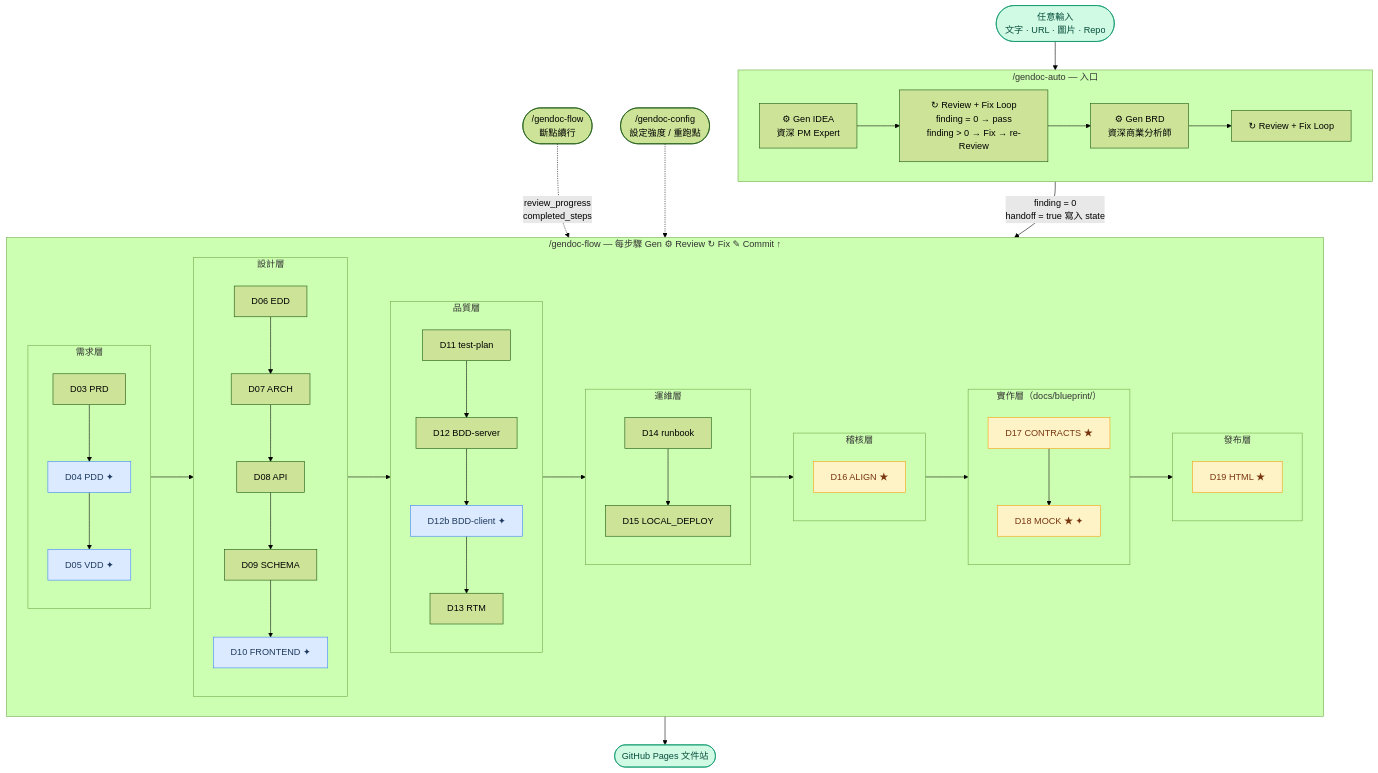
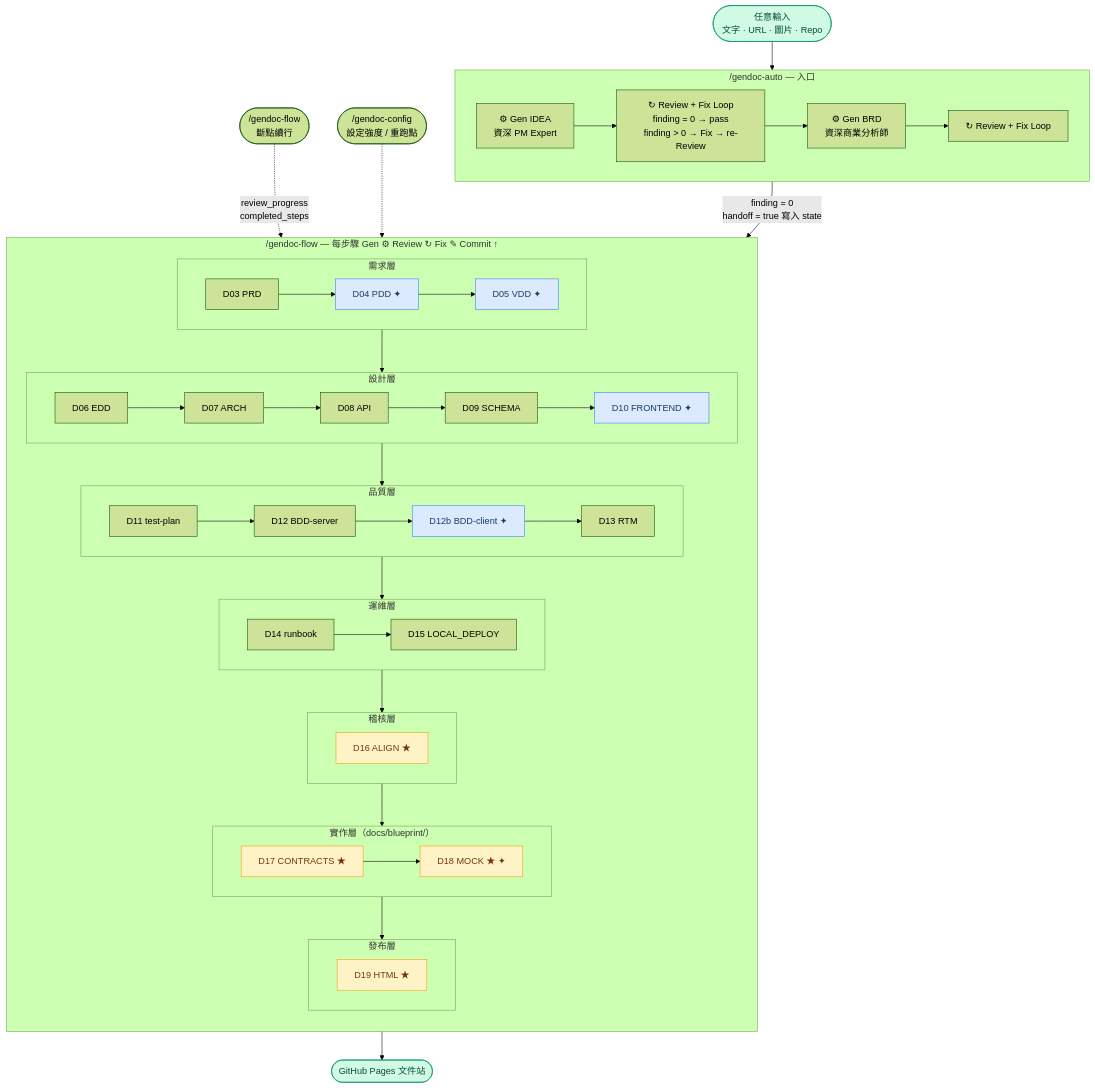
Before and after one commit to ibalasite/gendoc: the second of 4 diagrams in docs/PRD.md, drawn with Mermaid (forest theme). The commit also changed 1 other file, not shown here.

Commit message:
docs(gendoc): fix SOP flowchart direction — FLOW subgraph TD, inner layers LR

````diff
--- a/docs/PRD.md
+++ b/docs/PRD.md
@@ -427,50 +427,56 @@
 ```mermaid
 flowchart TD
     INPUT([任意輸入\n文字 · URL · 圖片 · Repo]) --> AUTO
 
     subgraph AUTO["/gendoc-auto — 入口"]
         direction LR
         G1["⚙ Gen IDEA\n資深 PM Expert"] --> R1["↻ Review + Fix Loop\nfinding = 0 → pass\nfinding > 0 → Fix → re-Review"]
         R1 --> G2["⚙ Gen BRD\n資深商業分析師"]
         G2 --> R2["↻ Review + Fix Loop"]
     end
 
     R2 -->|"finding = 0\nhandoff = true 寫入 state"| FLOW
 
     subgraph FLOW["/gendoc-flow — 每步驟 Gen ⚙ Review ↻ Fix ✎ Commit ↑"]
+        direction TD
         subgraph REQ["需求層"]
+            direction LR
             D03["D03 PRD"] --> D04["D04 PDD ✦"] --> D05["D05 VDD ✦"]
         end
         subgraph DES["設計層"]
+            direction LR
             D06["D06 EDD"] --> D07["D07 ARCH"] --> D08["D08 API"] --> D09["D09 SCHEMA"] --> D10["D10 FRONTEND ✦"]
         end
         subgraph QA["品質層"]
+            direction LR
             D11["D11 test-plan"] --> D12["D12 BDD-server"] --> D12b["D12b BDD-client ✦"] --> D13["D13 RTM"]
         end
         subgraph OPS["運維層"]
+            direction LR
             D14["D14 runbook"] --> D15["D15 LOCAL_DEPLOY"]
         end
         subgraph AUDIT["稽核層"]
             D16["D16 ALIGN ★"]
         end
         subgraph IMPL["實作層（docs/blueprint/）"]
+            direction LR
             D17["D17 CONTRACTS ★"] --> D18["D18 MOCK ★ ✦"]
         end
         subgraph PUB["發布層"]
             D19["D19 HTML ★"]
         end
         REQ --> DES --> QA --> OPS --> AUDIT --> IMPL --> PUB
     end
 
     FLOW --> DONE([GitHub Pages 文件站])
 
     RESUME(["/gendoc-flow\n斷點續行"]) -.->|"review_progress\ncompleted_steps"| FLOW
     CONFIG(["/gendoc-config\n設定強度 / 重跑點"]) -.-> FLOW
 
     classDef condNode fill:#dbeafe,stroke:#3b82f6,color:#1e3a5f
     classDef specNode fill:#fef3c7,stroke:#f59e0b,color:#78350f
     classDef ioNode fill:#d1fae5,stroke:#059669,color:#064e3b
     class D04,D05,D10,D12b,D18 condNode
     class D16,D17,D18,D19 specNode
     class INPUT,DONE ioNode
 ```
````
